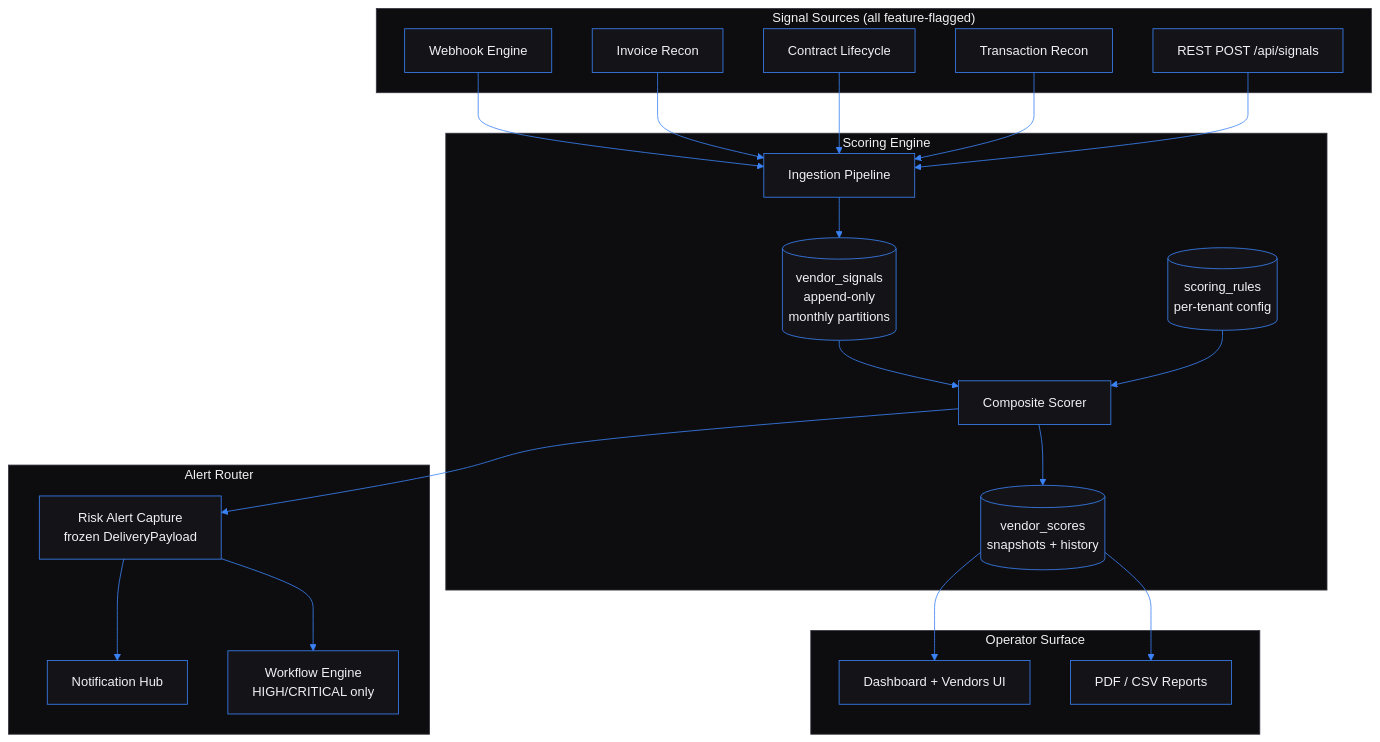
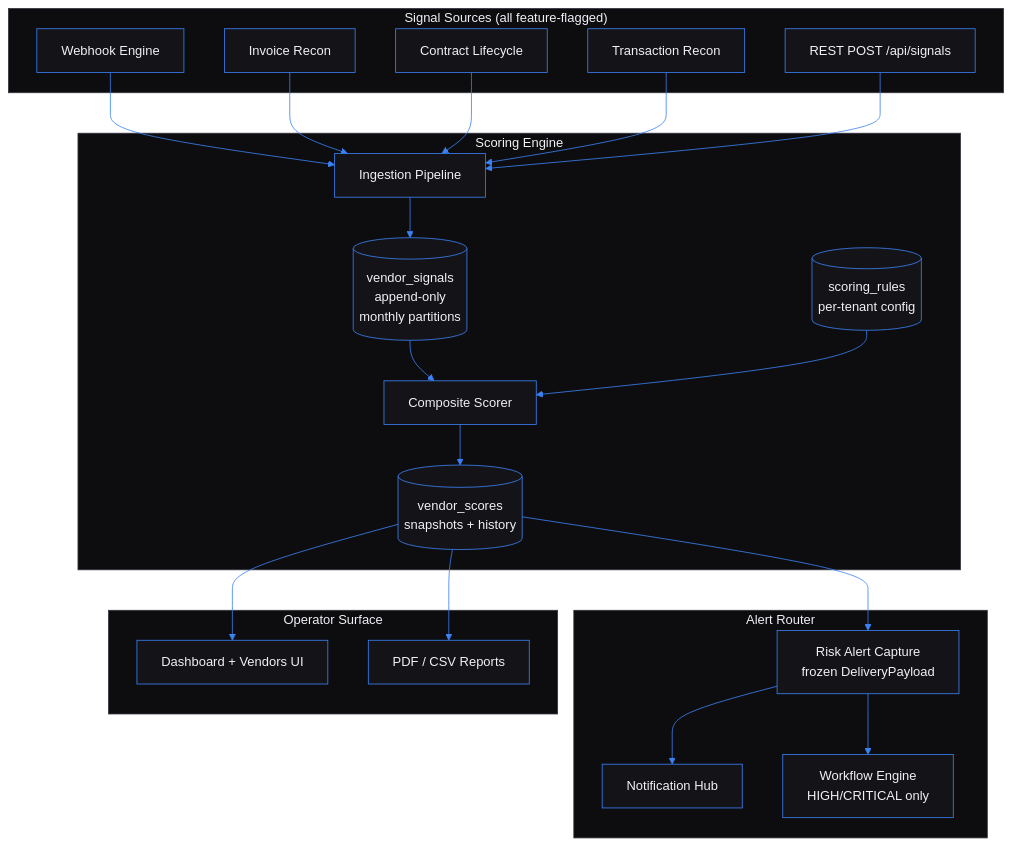
The diagram in README.md (kingsleyonoh/vendor-performance-intelligence-engine), drawn with Mermaid before and after one commit. The commit also changed other lines of this file, not shown here.

````diff
--- a/README.md
+++ b/README.md
@@ -13,41 +13,45 @@
 ```mermaid
 %%{init: {'theme':'base','themeVariables':{'primaryColor':'#3B82F6','primaryTextColor':'#F0F0F5','primaryBorderColor':'#3B82F6','lineColor':'#3B82F6','secondaryColor':'#141418','tertiaryColor':'#0D0D0F','background':'#0D0D0F','mainBkg':'#141418','nodeBorder':'#3B82F6','clusterBkg':'#0D0D0F','clusterBorder':'#33333F','titleColor':'#F0F0F5','edgeLabelBackground':'#141418'}}}%%
 graph TB
     subgraph Sources["Signal Sources (all feature-flagged)"]
         WH[Webhook Engine]
         IR[Invoice Recon]
         CL[Contract Lifecycle]
         TR[Transaction Recon]
         REST[REST POST /api/signals]
     end
 
     subgraph Engine["Scoring Engine"]
         ING[Ingestion Pipeline]
         SIG[(vendor_signals<br/>append-only<br/>monthly partitions)]
         SCORE[Composite Scorer]
         RULES[(scoring_rules<br/>per-tenant config)]
         SNAP[(vendor_scores<br/>snapshots + history)]
     end
 
     subgraph Outbound["Alert Router"]
         ALERT[Risk Alert Capture<br/>frozen DeliveryPayload]
         HUB[Notification Hub]
         WF[Workflow Engine<br/>HIGH/CRITICAL only]
     end
 
     subgraph UI["Operator Surface"]
         DASH[Dashboard + Vendors UI]
         REP[PDF / CSV Reports]
     end
 
-    WH & IR & CL & TR & REST --> ING
+    WH --> ING
+    IR --> ING
+    CL --> ING
+    TR --> ING
+    REST --> ING
     ING --> SIG
     SIG --> SCORE
     RULES --> SCORE
     SCORE --> SNAP
-    SCORE --> ALERT
+    SNAP --> ALERT
     ALERT --> HUB
     ALERT --> WF
     SNAP --> DASH
     SNAP --> REP
 ```
````
